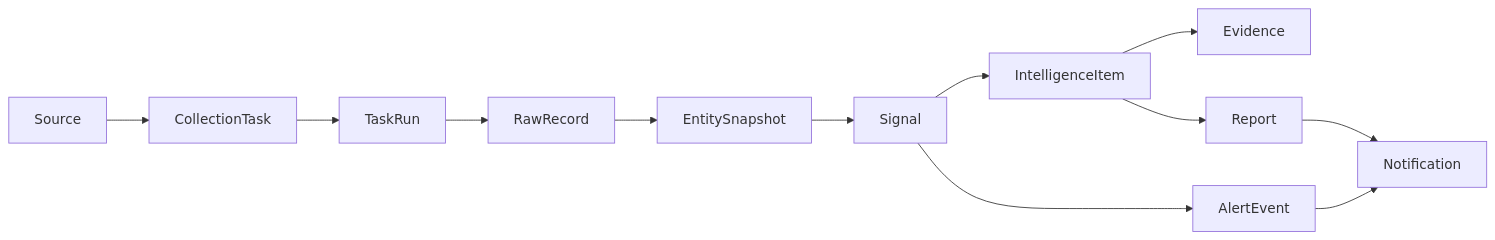
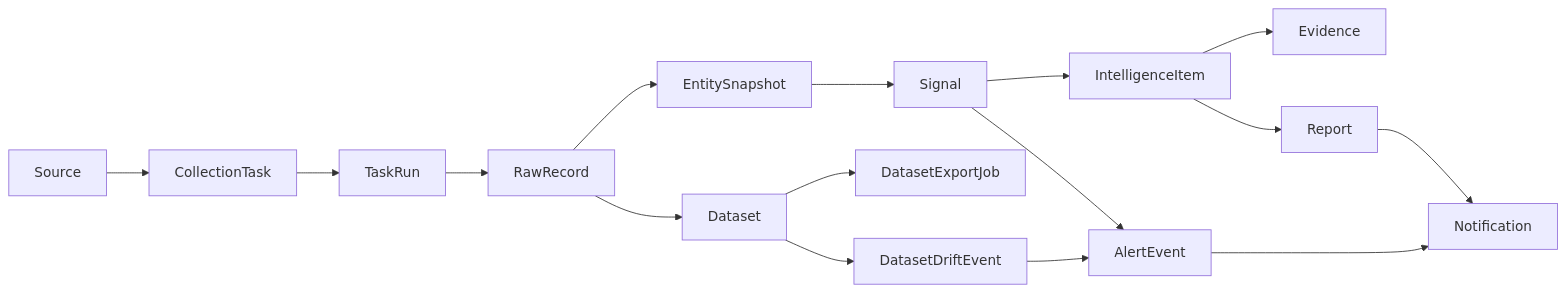
One commit to zjgulai/data_achieve changed the third of 3 diagrams in docs/architecture/architecture-data-intelligence-hub-stable.md. Above: the diagram before and after it, drawn with Mermaid. The commit also changed other lines of this file and 23 other files, not shown here.

````diff
--- a/docs/architecture/architecture-data-intelligence-hub-stable.md
+++ b/docs/architecture/architecture-data-intelligence-hub-stable.md
@@ -56,14 +84,18 @@
 ```mermaid
 flowchart LR
   S["Source"] --> T["CollectionTask"]
   T --> R["TaskRun"]
   R --> RAW["RawRecord"]
   RAW --> ES["EntitySnapshot"]
   ES --> SIG["Signal"]
   SIG --> INT["IntelligenceItem"]
   INT --> EV["Evidence"]
   INT --> REP["Report"]
   SIG --> AE["AlertEvent"]
   REP --> N["Notification"]
   AE --> N
+  RAW --> DS["Dataset"]
+  DS --> DE["DatasetExportJob"]
+  DS --> DD["DatasetDriftEvent"]
+  DD --> AE
 ```
````
